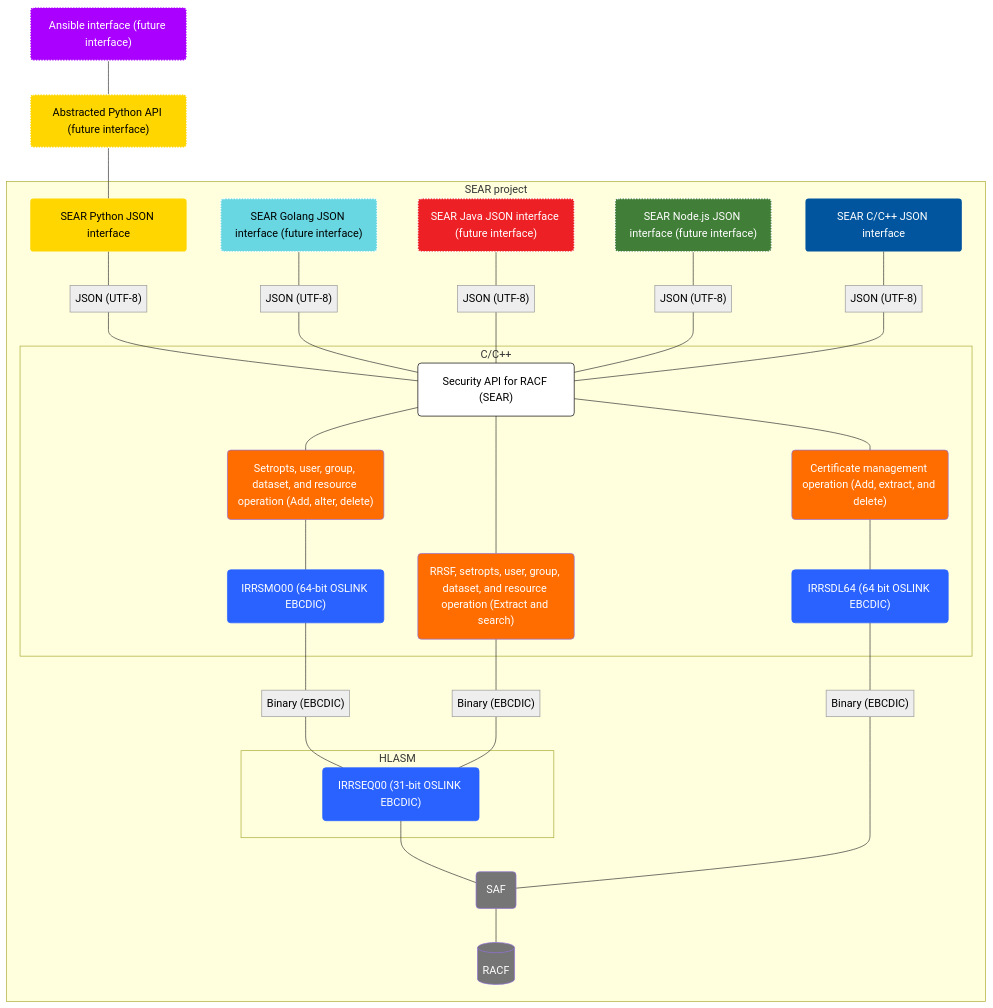
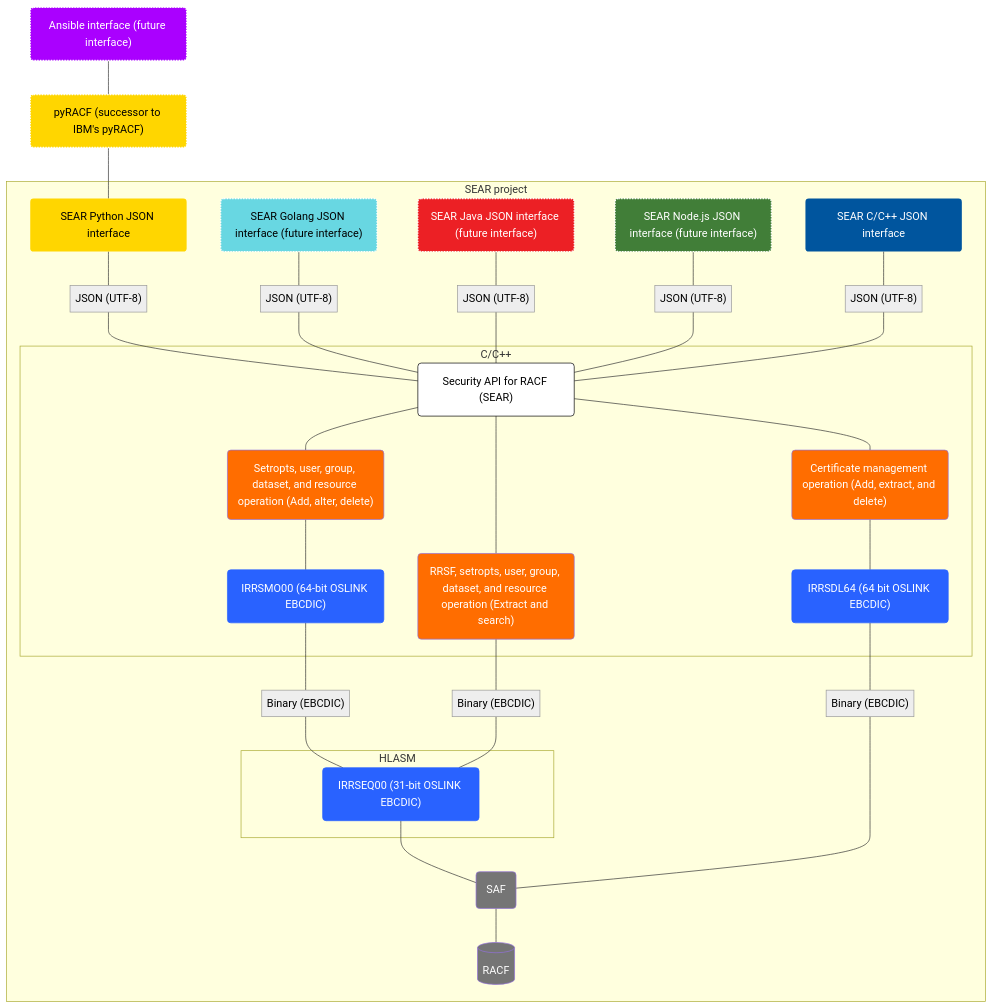
Before and after one commit to Mainframe-Renewal-Project/sear-docs: the diagram in index.md, drawn with Mermaid.

Commit message:
Updated pyRACF on graph

```diff
--- a/index.md
+++ b/index.md
@@ -124,7 +124,7 @@
         n21@{ label: "<span style=\"padding-left:\">JSON (UTF-8)</span>" }
         n20["SEAR C/C++ JSON interface"]
   end
-    n23["Abstracted Python API (future interface)"] --- A
+    n23["pyRACF (successor to IBM's pyRACF)"] --- A
     n24["Ansible interface (future interface)"] --- n23
     A --- n3
     n3 --- n1
```
